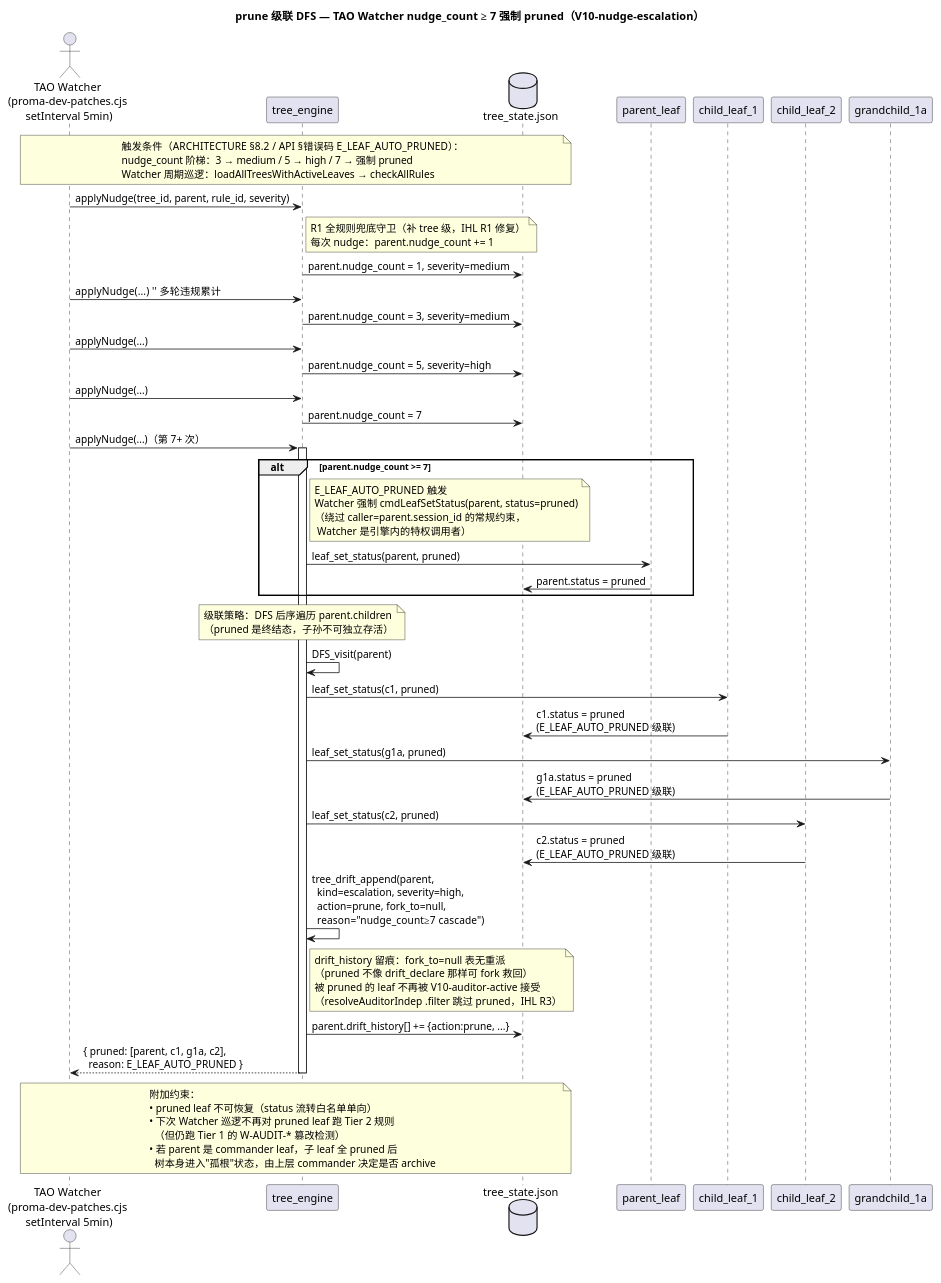
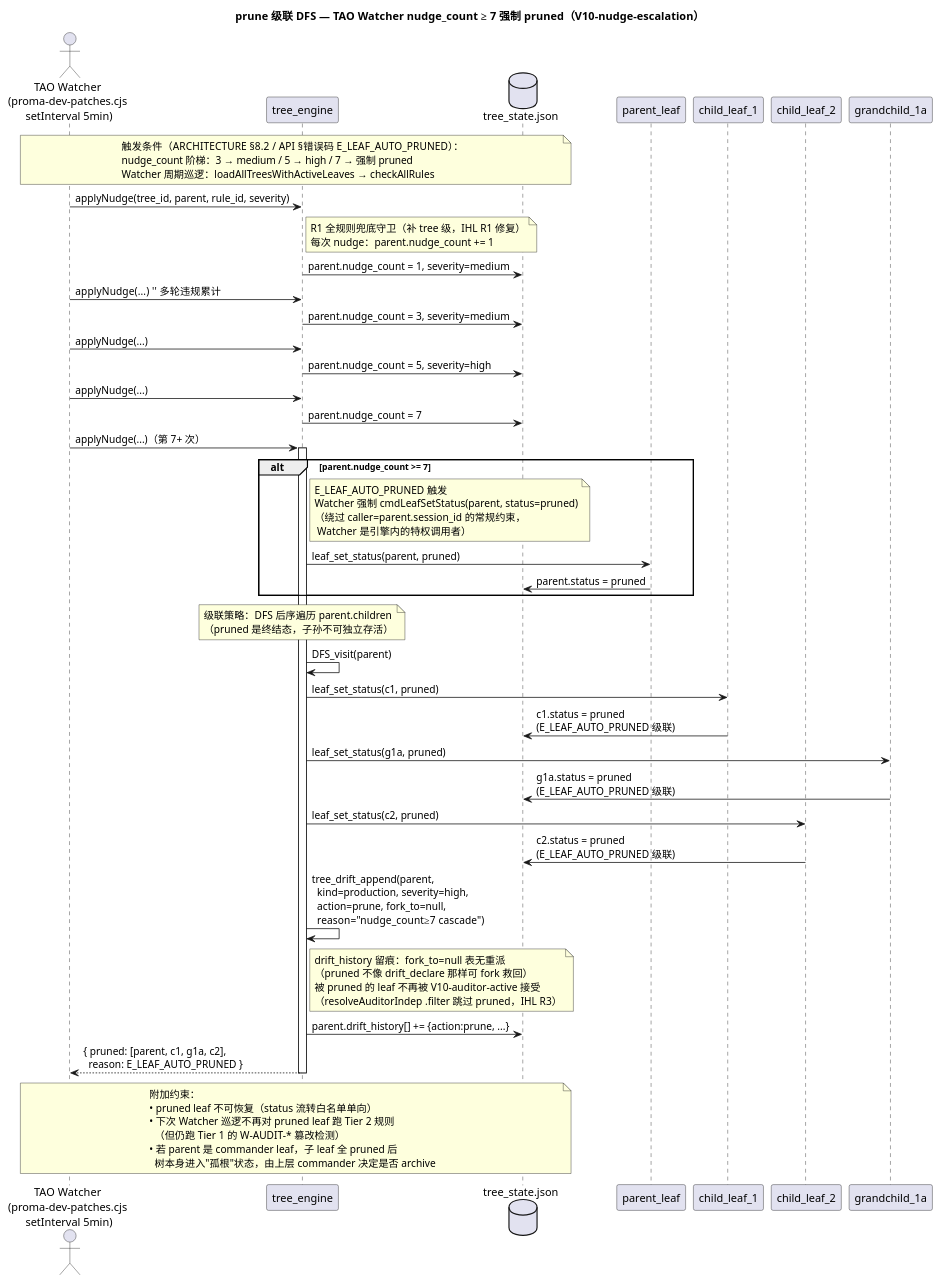
One commit to orphiczhou/proma-patches changed the diagram in 03_ARCHITECTURE/sequence-diagrams/03-prune-cascade.puml. Above: the diagram before and after it, drawn with PlantUML. The commit also changed 6 other files, not shown here.

```diff
--- a/03_ARCHITECTURE/sequence-diagrams/03-prune-cascade.puml
+++ b/03_ARCHITECTURE/sequence-diagrams/03-prune-cascade.puml
@@ -1,86 +1,86 @@
 @startuml 03-prune-cascade
 title prune 级联 DFS — TAO Watcher nudge_count ≥ 7 强制 pruned（V10-nudge-escalation）
 
 actor "TAO Watcher\n(proma-dev-patches.cjs\n setInterval 5min)" as watcher
 participant "tree_engine" as eng
 database "tree_state.json" as state
 participant "parent_leaf" as parent
 participant "child_leaf_1" as c1
 participant "child_leaf_2" as c2
 participant "grandchild_1a" as g1a
 
 note over watcher, state
   触发条件（ARCHITECTURE §8.2 / API §错误码 E_LEAF_AUTO_PRUNED）：
   nudge_count 阶梯：3 → medium / 5 → high / 7 → 强制 pruned
   Watcher 周期巡逻：loadAllTreesWithActiveLeaves → checkAllRules
 end note
 
 ' ── 阶段 1：Watcher 检测违规并 nudge ──
 watcher -> eng : applyNudge(tree_id, parent, rule_id, severity)
 note right of eng
   R1 全规则兜底守卫（补 tree 级，IHL R1 修复）
   每次 nudge：parent.nudge_count += 1
 end note
 eng -> state : parent.nudge_count = 1, severity=medium
 watcher -> eng : applyNudge(...)  '' 多轮违规累计
 eng -> state : parent.nudge_count = 3, severity=medium
 watcher -> eng : applyNudge(...)
 eng -> state : parent.nudge_count = 5, severity=high
 watcher -> eng : applyNudge(...)
 eng -> state : parent.nudge_count = 7
 
 ' ── 阶段 2：nudge_count ≥ 7 触发强制 pruned ──
 watcher -> eng : applyNudge(...)（第 7+ 次）
 activate eng
 alt parent.nudge_count >= 7
   note right of eng
     E_LEAF_AUTO_PRUNED 触发
     Watcher 强制 cmdLeafSetStatus(parent, status=pruned)
     （绕过 caller=parent.session_id 的常规约束，
      Watcher 是引擎内的特权调用者）
   end note
   eng -> parent : leaf_set_status(parent, pruned)
   parent -> state : parent.status = pruned
 end
 
 ' ── 阶段 3：DFS 级联 pruned 子孙 ──
 note over eng
   级联策略：DFS 后序遍历 parent.children
   （pruned 是终结态，子孙不可独立存活）
 end note
 
 eng -> eng : DFS_visit(parent)
 
 eng -> c1 : leaf_set_status(c1, pruned)
 c1 -> state : c1.status = pruned\n(E_LEAF_AUTO_PRUNED 级联)
 
 eng -> g1a : leaf_set_status(g1a, pruned)
 g1a -> state : g1a.status = pruned\n(E_LEAF_AUTO_PRUNED 级联)
 
 eng -> c2 : leaf_set_status(c2, pruned)
 c2 -> state : c2.status = pruned\n(E_LEAF_AUTO_PRUNED 级联)
 
 ' ── 阶段 4：drift_log 记录 ──
-eng -> eng : tree_drift_append(parent,\n  kind=escalation, severity=high,\n  action=prune, fork_to=null,\n  reason="nudge_count≥7 cascade")
+eng -> eng : tree_drift_append(parent,\n  kind=production, severity=high,\n  action=prune, fork_to=null,\n  reason="nudge_count≥7 cascade")
 note right of eng
   drift_history 留痕：fork_to=null 表无重派
   （pruned 不像 drift_declare 那样可 fork 救回）
   被 pruned 的 leaf 不再被 V10-auditor-active 接受
   （resolveAuditorIndep .filter 跳过 pruned，IHL R3）
 end note
 eng -> state : parent.drift_history[] += {action:prune, ...}
 
 ' ── 阶段 5：Watcher 汇报 + 收尾 ──
 eng --> watcher : { pruned: [parent, c1, g1a, c2],\n  reason: E_LEAF_AUTO_PRUNED }
 deactivate eng
 
 note over watcher, state
   附加约束：
   • pruned leaf 不可恢复（status 流转白名单单向）
   • 下次 Watcher 巡逻不再对 pruned leaf 跑 Tier 2 规则
     （但仍跑 Tier 1 的 W-AUDIT-* 篡改检测）
   • 若 parent 是 commander leaf，子 leaf 全 pruned 后
     树本身进入"孤根"状态，由上层 commander 决定是否 archive
 end note
 
 @enduml
```
